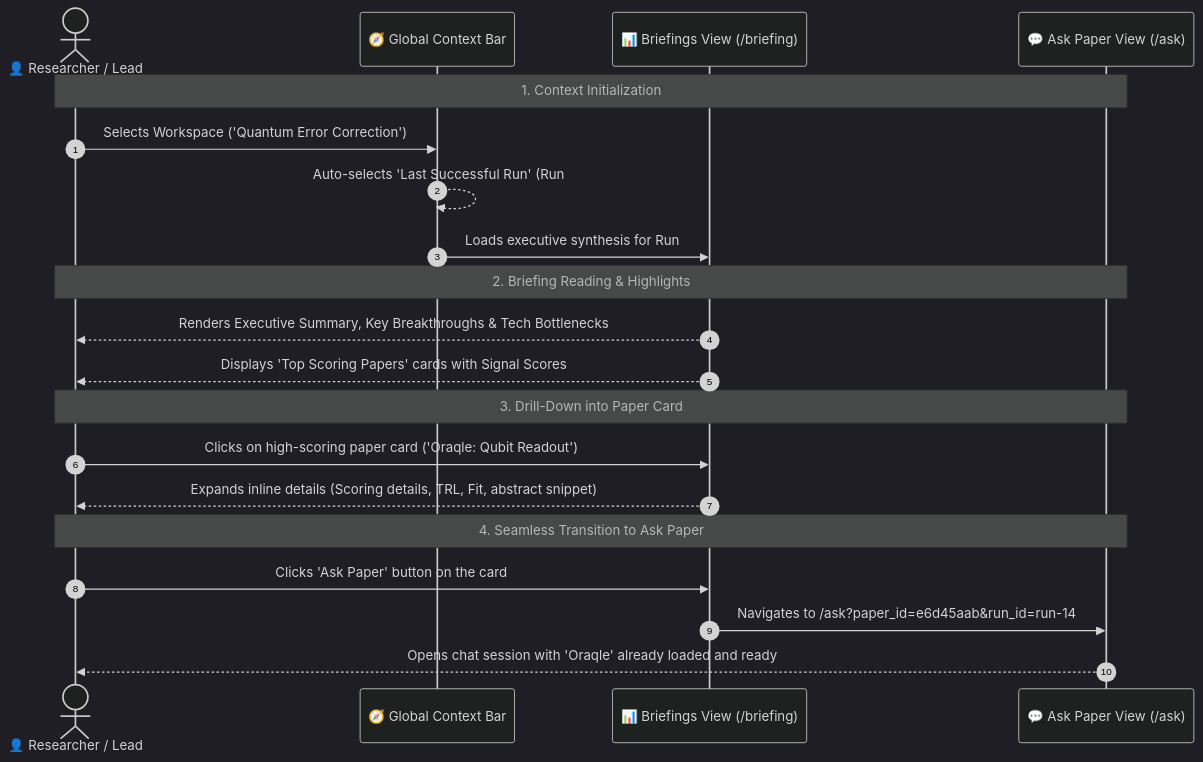
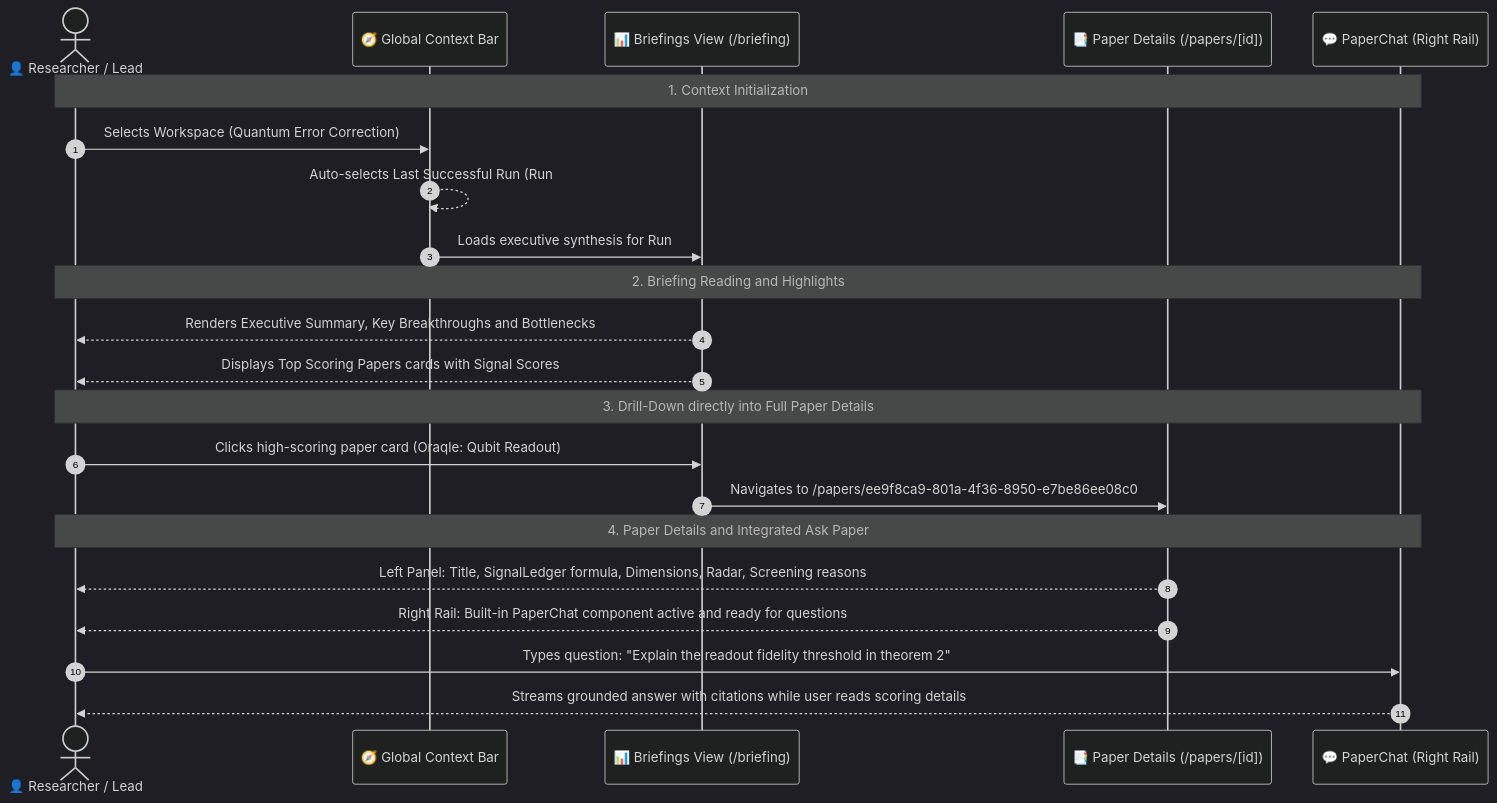
One commit to p4ku/research-intelligence changed the first of 6 diagrams in docs/user_journeys/stage_2_user_journeys.md. Above: the diagram before and after it, drawn with Mermaid (dark theme). The commit also changed other lines of this file, not shown here.

Commit message:
docs: clarify that Briefings drill down into full Paper Details page with integrated PaperChat sub-functionality

````diff
--- a/docs/user_journeys/stage_2_user_journeys.md
+++ b/docs/user_journeys/stage_2_user_journeys.md
@@ -63,26 +74,28 @@
 ```mermaid
 sequenceDiagram
     autonumber
     actor User as 👤 Researcher / Lead
     participant TopBar as 🧭 Global Context Bar
     participant BriefingUI as 📊 Briefings View (/briefing)
-    participant AskUI as 💬 Ask Paper View (/ask)
+    participant DetailsPage as 📑 Paper Details (/papers/[id])
+    participant PaperChat as 💬 PaperChat (Right Rail)
 
-    Note over User,AskUI: 1. Context Initialization
-    User->>TopBar: Selects Workspace ('Quantum Error Correction')
-    TopBar-->>TopBar: Auto-selects 'Last Successful Run' (Run #14)
+    Note over User,PaperChat: 1. Context Initialization
+    User->>TopBar: Selects Workspace (Quantum Error Correction)
+    TopBar-->>TopBar: Auto-selects Last Successful Run (Run #14)
     TopBar->>BriefingUI: Loads executive synthesis for Run #14
 
-    Note over User,AskUI: 2. Briefing Reading & Highlights
-    BriefingUI-->>User: Renders Executive Summary, Key Breakthroughs & Tech Bottlenecks
-    BriefingUI-->>User: Displays 'Top Scoring Papers' cards with Signal Scores
+    Note over User,PaperChat: 2. Briefing Reading and Highlights
+    BriefingUI-->>User: Renders Executive Summary, Key Breakthroughs and Bottlenecks
+    BriefingUI-->>User: Displays Top Scoring Papers cards with Signal Scores
 
-    Note over User,AskUI: 3. Drill-Down into Paper Card
-    User->>BriefingUI: Clicks on high-scoring paper card ('Oraqle: Qubit Readout')
-    BriefingUI-->>User: Expands inline details (Scoring details, TRL, Fit, abstract snippet)
+    Note over User,PaperChat: 3. Drill-Down directly into Full Paper Details
+    User->>BriefingUI: Clicks high-scoring paper card (Oraqle: Qubit Readout)
+    BriefingUI->>DetailsPage: Navigates to /papers/ee9f8ca9-801a-4f36-8950-e7be86ee08c0
 
-    Note over User,AskUI: 4. Seamless Transition to Ask Paper
-    User->>BriefingUI: Clicks 'Ask Paper' button on the card
-    BriefingUI->>AskUI: Navigates to /ask?paper_id=e6d45aab&run_id=run-14
-    AskUI-->>User: Opens chat session with 'Oraqle' already loaded and ready
+    Note over User,PaperChat: 4. Paper Details and Integrated Ask Paper
+    DetailsPage-->>User: Left Panel: Title, SignalLedger formula, Dimensions, Radar, Screening reasons
+    DetailsPage-->>User: Right Rail: Built-in PaperChat component active and ready for questions
+    User->>PaperChat: Types question: "Explain the readout fidelity threshold in theorem 2"
+    PaperChat-->>User: Streams grounded answer with citations while user reads scoring details
 ```
````
